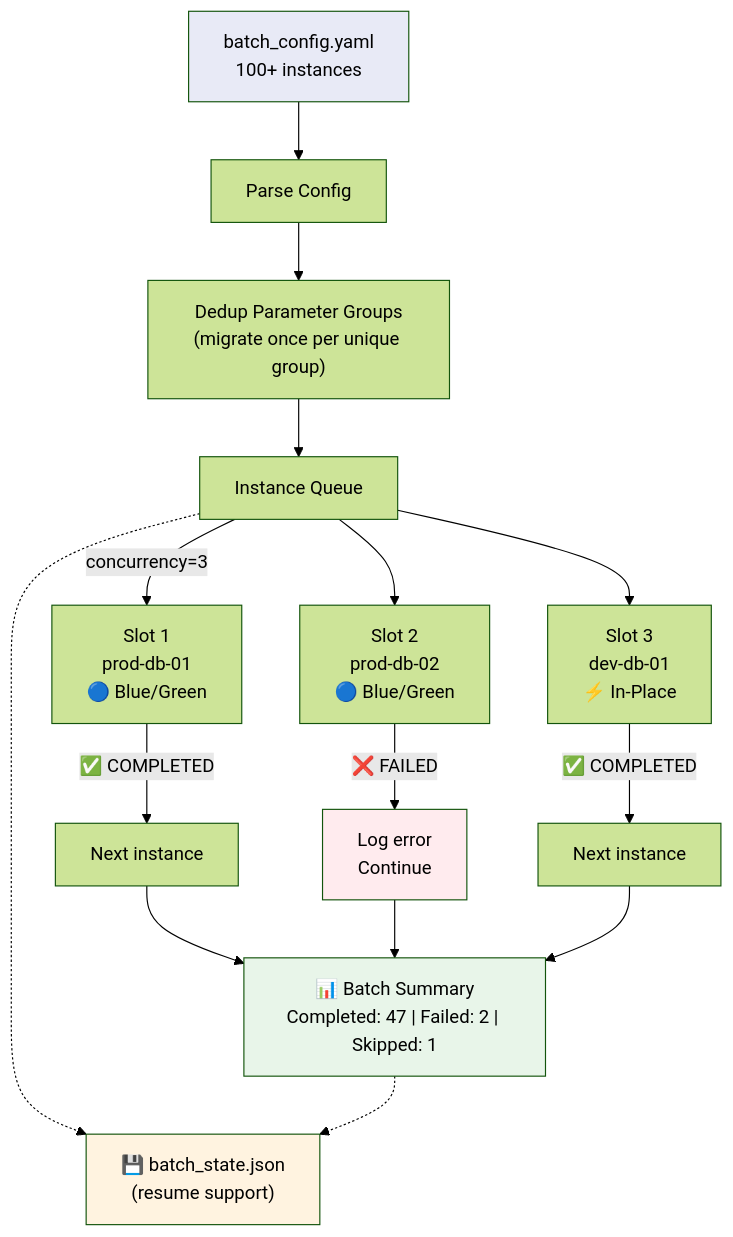
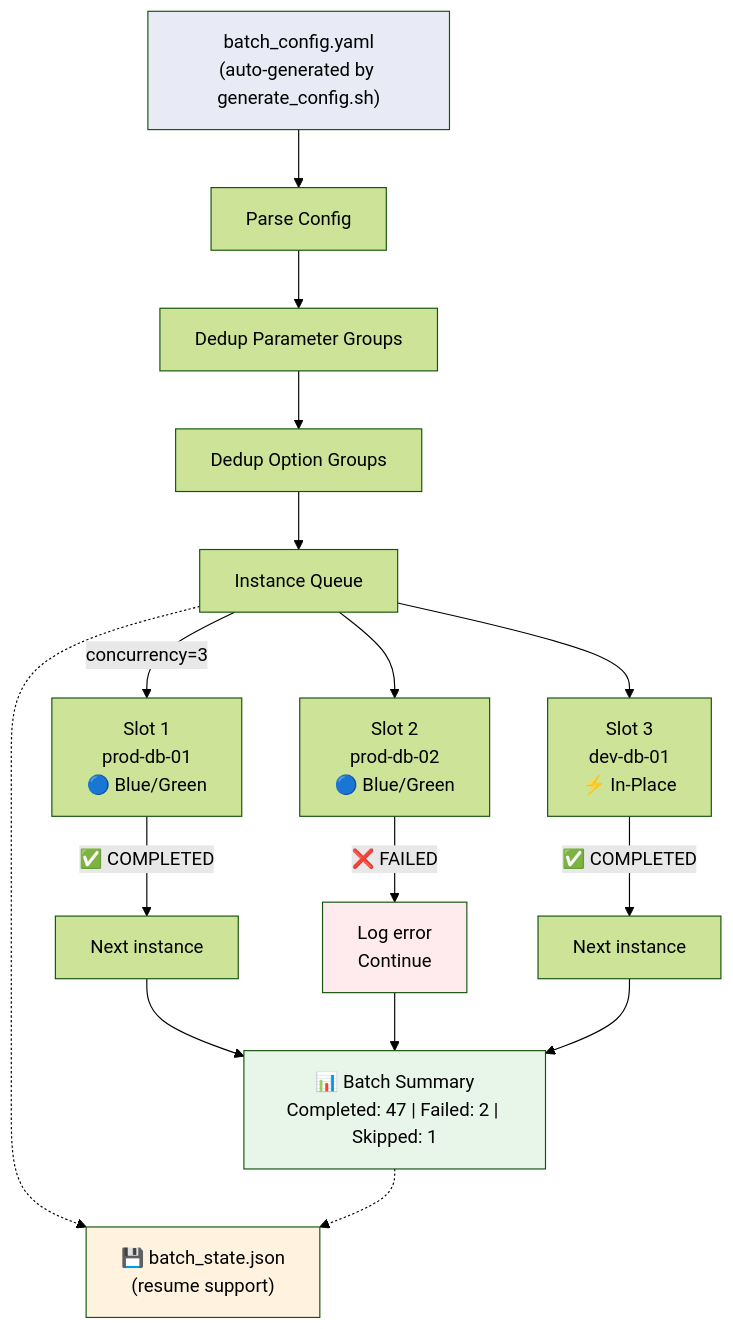
Before and after one commit to aws-samples/sample-rds-mysql-upgrade-assistant: the fourth of 5 diagrams in docs/architecture-diagrams.md, drawn with Mermaid (forest theme). The commit also changed other lines of this file and 2 other files, not shown here.

First line of the commit message:
Update architecture diagrams and remove generate script

````diff
--- a/docs/architecture-diagrams.md
+++ b/docs/architecture-diagrams.md
@@ -136,29 +144,30 @@
 ```mermaid
 flowchart TB
-    Config["batch_config.yaml<br/>100+ instances"] --> Parse["Parse Config"]
-    Parse --> Dedup["Dedup Parameter Groups<br/>(migrate once per unique group)"]
-    Dedup --> Queue["Instance Queue"]
+    Config["batch_config.yaml<br/>(auto-generated by generate_config.sh)"] --> Parse["Parse Config"]
+    Parse --> DedupPG["Dedup Parameter Groups"]
+    DedupPG --> DedupOG["Dedup Option Groups"]
+    DedupOG --> Queue["Instance Queue"]
 
     Queue --> |"concurrency=3"| Slot1["Slot 1<br/>prod-db-01<br/>🔵 Blue/Green"]
     Queue --> Slot2["Slot 2<br/>prod-db-02<br/>🔵 Blue/Green"]
     Queue --> Slot3["Slot 3<br/>dev-db-01<br/>⚡ In-Place"]
 
     Slot1 --> |"✅ COMPLETED"| Next1["Next instance"]
     Slot2 --> |"❌ FAILED"| Log2["Log error<br/>Continue"]
     Slot3 --> |"✅ COMPLETED"| Next3["Next instance"]
 
     Next1 --> Summary
     Log2 --> Summary
     Next3 --> Summary
 
     Summary["📊 Batch Summary<br/>Completed: 47 | Failed: 2 | Skipped: 1"]
     State["💾 batch_state.json<br/>(resume support)"]
 
     Queue -.-> State
     Summary -.-> State
 
     style Config fill:#E8EAF6
     style Summary fill:#E8F5E9
     style State fill:#FFF3E0
     style Log2 fill:#FFEBEE
 ```
````
